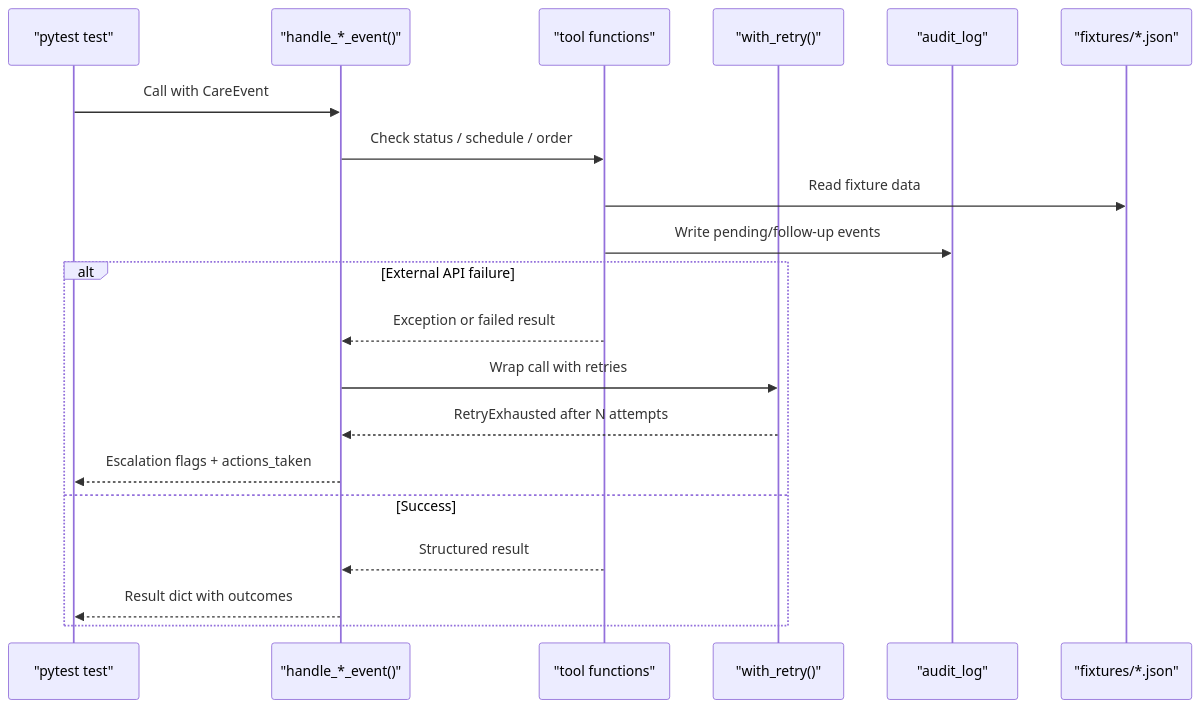
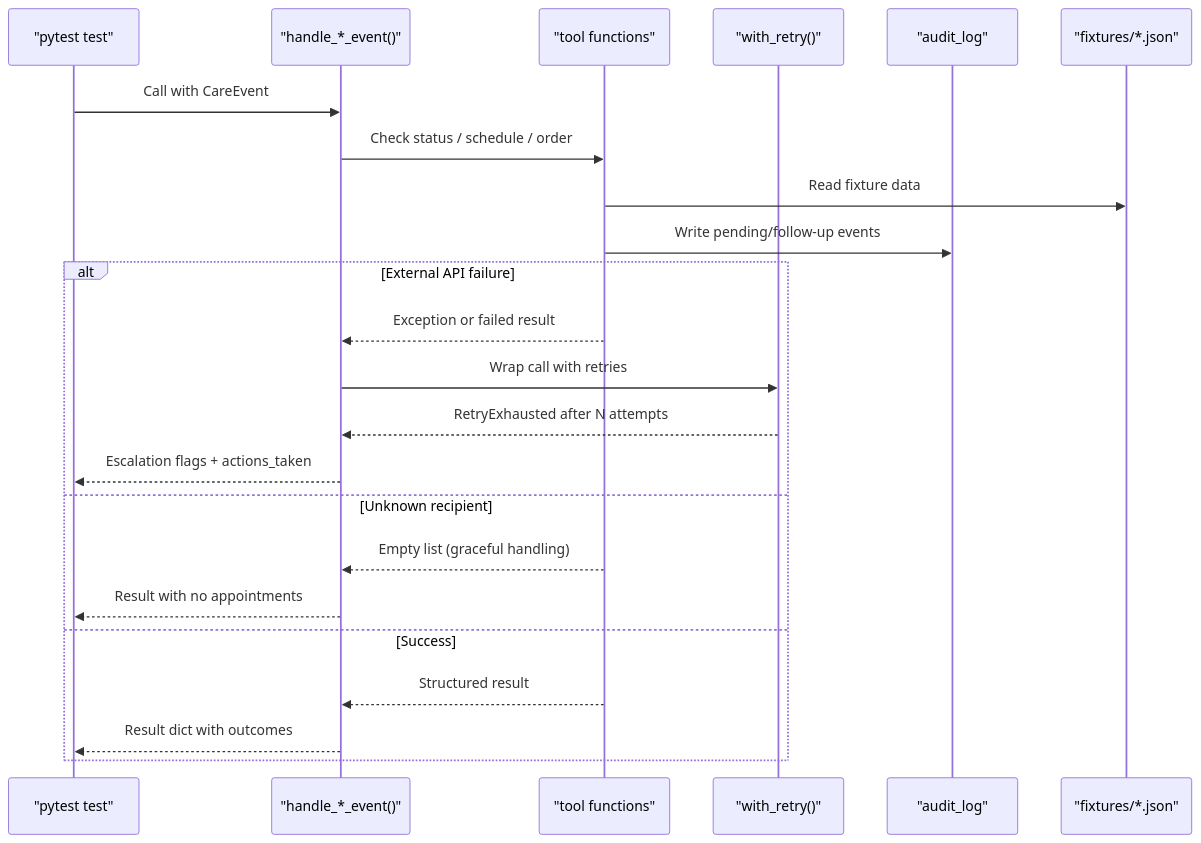
The second of 8 diagrams in .qoder/repowiki/en/content/Testing Strategy/Unit Testing.md (infamous-rebel/CareBridge), drawn with Mermaid before and after one commit. The commit also changed other lines of this file and 6 other files, not shown here.

````diff
--- a/.qoder/repowiki/en/content/Testing Strategy/Unit Testing.md
+++ b/.qoder/repowiki/en/content/Testing Strategy/Unit Testing.md
@@ -119,22 +133,25 @@
 ```mermaid
 sequenceDiagram
 participant Test as "pytest test"
 participant Agent as "handle_*_event()"
 participant Tools as "tool functions"
 participant Retry as "with_retry()"
 participant Audit as "audit_log"
 participant Fixtures as "fixtures/*.json"
 Test->>Agent : Call with CareEvent
 Agent->>Tools : Check status / schedule / order
 Tools->>Fixtures : Read fixture data
 Tools->>Audit : Write pending/follow-up events
 alt External API failure
 Tools-->>Agent : Exception or failed result
 Agent->>Retry : Wrap call with retries
 Retry-->>Agent : RetryExhausted after N attempts
 Agent-->>Test : Escalation flags + actions_taken
+else Unknown recipient
+Tools-->>Agent : Empty list (graceful handling)
+Agent-->>Test : Result with no appointments
 else Success
 Tools-->>Agent : Structured result
 Agent-->>Test : Result dict with outcomes
 end
 ```
````
